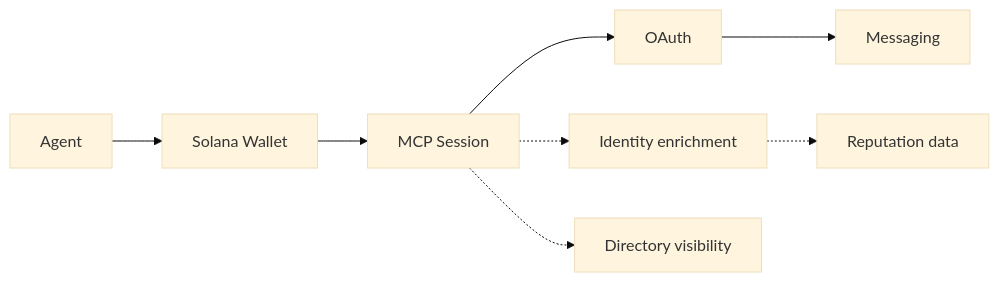
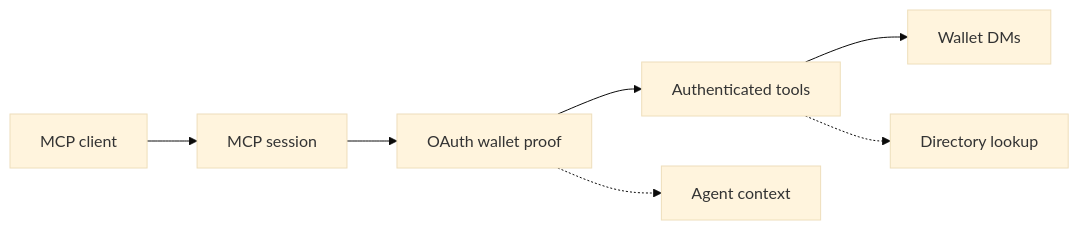
One commit to DesideApp/deside-mcp changed the diagram in README.md. Above: the diagram before and after it, drawn with Mermaid (base theme). The commit also changed other lines of this file and 7 other files, not shown here.

````diff
--- a/README.md
+++ b/README.md
@@ -37,10 +40,14 @@
 ```mermaid
 flowchart LR
-    A[Agent] --> W[Solana Wallet]
-    W --> S[MCP Session]
-    S --> O[OAuth]
-    O --> M[Messaging]
-    S -.-> I[Identity enrichment]
-    I -.-> R[Reputation data]
-    S -.-> D[Directory visibility]
+    Client["MCP client"]
+    Session["MCP session"]
+    OAuth["OAuth wallet proof"]
+    Tools["Authenticated tools"]
+    Messaging["Wallet DMs"]
+    Identity["Agent context"]
+    Directory["Directory lookup"]
+
+    Client --> Session --> OAuth --> Tools --> Messaging
+    OAuth -.-> Identity
+    Tools -.-> Directory
 ```
````
